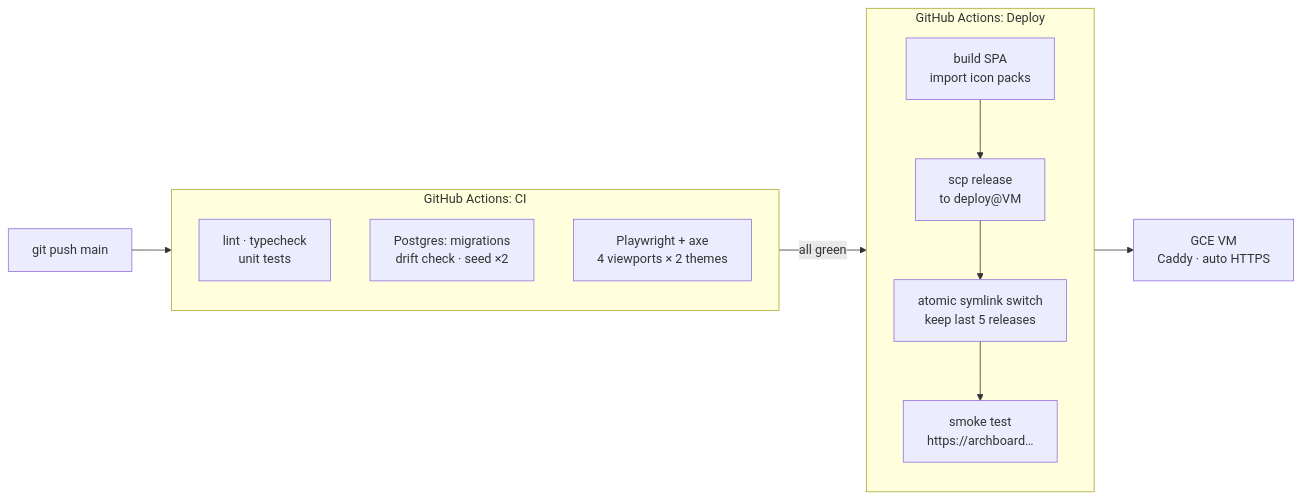
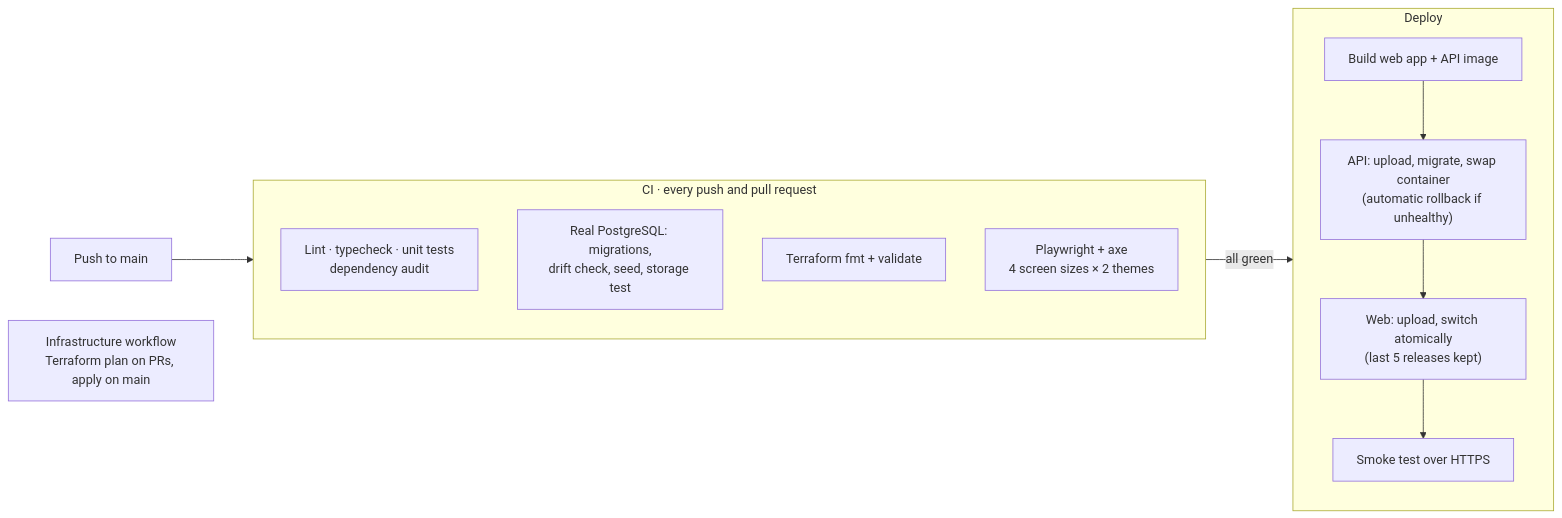
Before and after one commit to ashutosh-lodha/ArchBoard: the fifth of 5 diagrams in README.md, drawn with Mermaid. The commit also changed other lines of this file and 94 other files, not shown here.

````diff
--- a/README.md
+++ b/README.md
@@ -305,16 +269,19 @@
 ```mermaid
 flowchart LR
-  Dev["git push main"] --> CI
-  subgraph CI["GitHub Actions: CI"]
-    L["lint · typecheck<br/>unit tests"]
-    D["Postgres: migrations<br/>drift check · seed ×2"]
-    E["Playwright + axe<br/>4 viewports × 2 themes"]
+  push["Push to main"] --> ci
+  subgraph ci["CI · every push and pull request"]
+    direction TB
+    c1["Lint · typecheck · unit tests<br/>dependency audit"]
+    c2["Real PostgreSQL: migrations,<br/>drift check, seed, storage test"]
+    c3["Terraform fmt + validate"]
+    c4["Playwright + axe<br/>4 screen sizes × 2 themes"]
   end
-  CI -- "all green" --> Deploy
-  subgraph Deploy["GitHub Actions: Deploy"]
-    B["build SPA<br/>import icon packs"] --> U["scp release<br/>to deploy@VM"]
-    U --> S["atomic symlink switch<br/>keep last 5 releases"]
-    S --> H["smoke test<br/>https://archboard…"]
+  ci -- "all green" --> deploy
+  subgraph deploy["Deploy"]
+    direction TB
+    d1["Build web app + API image"] --> d2["API: upload, migrate, swap container<br/>(automatic rollback if unhealthy)"]
+    d2 --> d3["Web: upload, switch atomically<br/>(last 5 releases kept)"]
+    d3 --> d4["Smoke test over HTTPS"]
   end
-  Deploy --> VM["GCE VM<br/>Caddy · auto HTTPS"]
+  infra["Infrastructure workflow<br/>Terraform plan on PRs, apply on main"]
 ```
````
